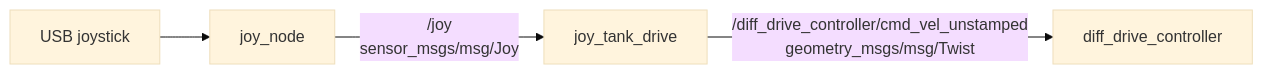
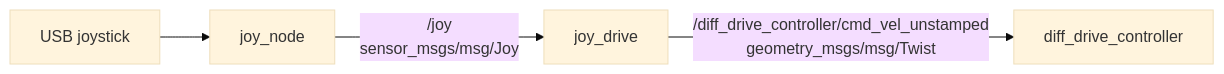
The second of 2 diagrams in ros2_ws/src/teleop/README.md (BILLEE-BroncoSTAR/billee-software-2027), drawn with Mermaid (base theme) before and after one commit. The commit also changed other lines of this file and 26 other files, not shown here.

````diff
--- a/ros2_ws/src/teleop/README.md
+++ b/ros2_ws/src/teleop/README.md
@@ -48,6 +68,6 @@
 ```mermaid
 graph LR
     H[USB joystick] --> J[joy_node]
-    J -->|/joy\nsensor_msgs/msg/Joy| T[joy_tank_drive]
+    J -->|/joy\nsensor_msgs/msg/Joy| T[joy_drive]
     T -->|/diff_drive_controller/cmd_vel_unstamped\ngeometry_msgs/msg/Twist| D[diff_drive_controller]
 ```
````
